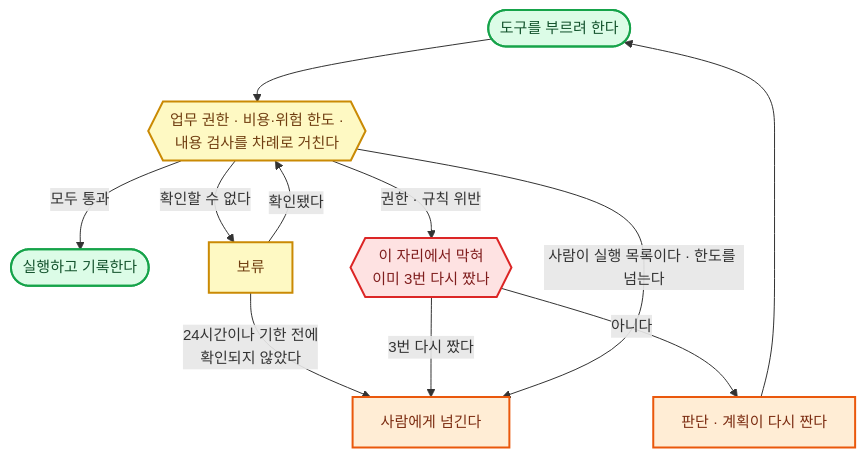
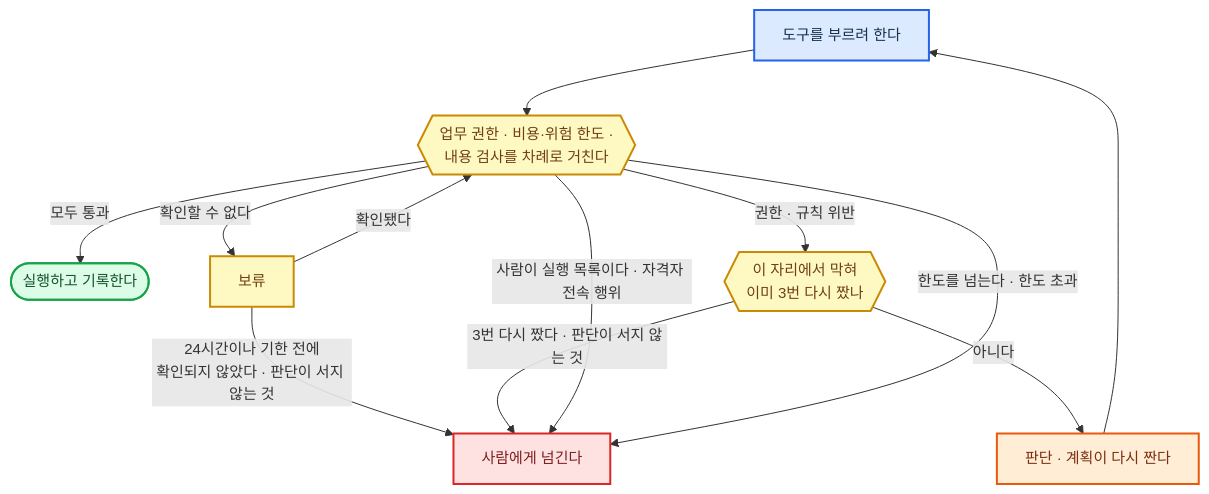
Diagram 12 of 26 in 전문가 에이전트 정의 2.md (harisbaguette/expert), drawn with Mermaid before and after one commit. The commit also changed other lines of this file and 7 other files, not shown here.

````diff
--- a/전문가 에이전트 정의 2.md
+++ b/전문가 에이전트 정의 2.md
@@ -1237,16 +1380,18 @@
 ```mermaid
 %%{init: {"flowchart": {"wrappingWidth": 640, "curve": "basis", "nodeSpacing": 45, "rankSpacing": 55, "padding": 14, "useMaxWidth": true}, "themeVariables": {"fontSize": "15px"}} }%%
 flowchart TB
-    CALL(["도구를 부르려 한다"]):::good --> G{{"업무 권한 · 비용·위험 한도 ·<br/>내용 검사를 차례로 거친다"}}:::note
+    CALL["도구를 부르려 한다"]:::main --> G{{"업무 권한 · 비용·위험 한도 ·<br/>내용 검사를 차례로 거친다"}}:::note
     G -- "모두 통과" --> RUN(["실행하고 기록한다"]):::good
     G -- "확인할 수 없다" --> HOLD["보류"]:::note -- "확인됐다" --> G
-    HOLD -- "24시간이나 기한 전에<br/>확인되지 않았다" --> HUM
-    G -- "권한 · 규칙 위반" --> B{{"이 자리에서 막혀<br/>이미 3번 다시 짰나"}}:::stop
+    HOLD -- "24시간이나 기한 전에<br/>확인되지 않았다 · 판단이 서지 않는 것" --> HUM
+    G -- "권한 · 규칙 위반" --> B{{"이 자리에서 막혀<br/>이미 3번 다시 짰나"}}:::note
     B -- "아니다" --> RE["판단 · 계획이 다시 짠다"]:::back --> CALL
-    B -- "3번 다시 짰다" --> HUM["사람에게 넘긴다"]:::back
-    G -- "사람이 실행 목록이다 · 한도를 넘는다" --> HUM
+    B -- "3번 다시 짰다 · 판단이 서지 않는 것" --> HUM["사람에게 넘긴다"]:::stop
+    G -- "사람이 실행 목록이다 · 자격자 전속 행위" --> HUM
+    G -- "한도를 넘는다 · 한도 초과" --> HUM
+    classDef main fill:#dbeafe,stroke:#2563eb,stroke-width:2px,color:#17314f
     classDef stop fill:#fee2e2,stroke:#dc2626,stroke-width:2px,color:#7f1d1d
     classDef back fill:#ffedd5,stroke:#ea580c,stroke-width:2px,color:#7c2d12
     classDef good fill:#dcfce7,stroke:#16a34a,stroke-width:2px,color:#14532d
     classDef note fill:#fef9c3,stroke:#ca8a04,stroke-width:2px,color:#713f12
 ```
````
